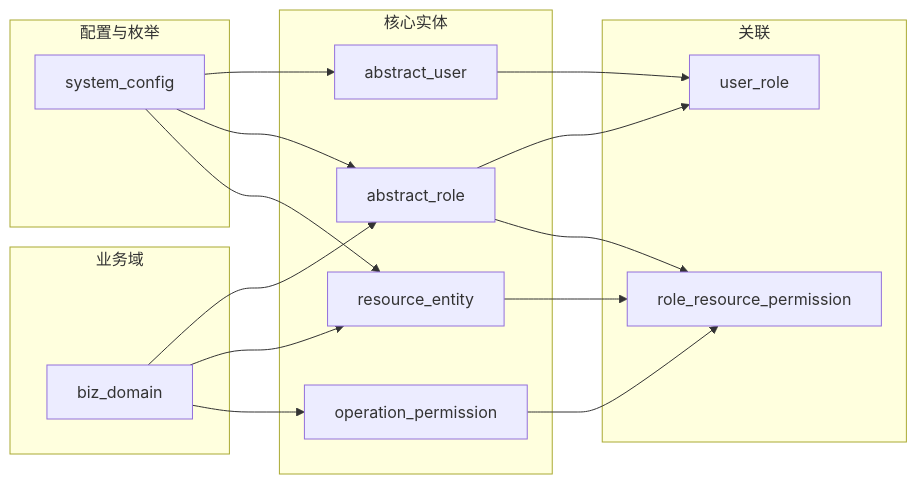
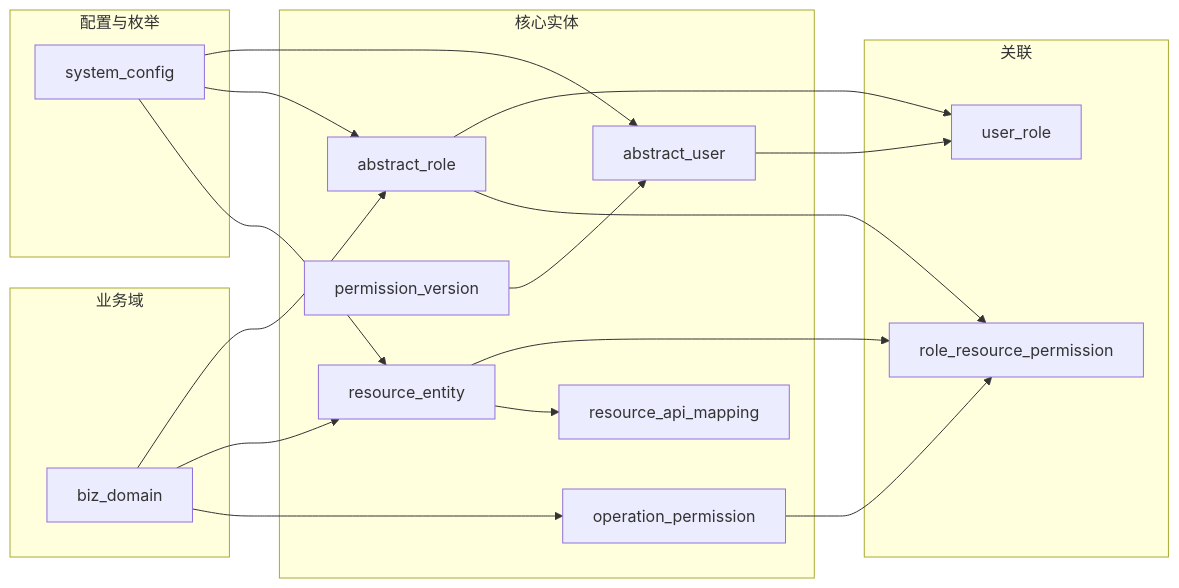
Before and after one commit to fage-ac-org/AccessMesh: the diagram in ruoyi-modules/ruoyi-permission-center/docs/设计说明.md, drawn with Mermaid. The commit also changed other lines of this file and 246 other files, not shown here.

````diff
--- a/ruoyi-modules/ruoyi-permission-center/docs/设计说明.md
+++ b/ruoyi-modules/ruoyi-permission-center/docs/设计说明.md
@@ -50,30 +53,34 @@
 ```mermaid
 flowchart LR
     subgraph domain [业务域]
         BizDomain[biz_domain]
     end
     subgraph core [核心实体]
         AbstractUser[abstract_user]
         AbstractRole[abstract_role]
         ResourceEntity[resource_entity]
+        ResourceApiMapping[resource_api_mapping]
         OperationPermission[operation_permission]
+        PermissionVersion[permission_version]
     end
     subgraph config [配置与枚举]
         SystemConfig[system_config]
     end
     subgraph relation [关联]
         UserRole[user_role]
         RoleResourcePermission[role_resource_permission]
     end
     BizDomain --> AbstractRole
     BizDomain --> ResourceEntity
     BizDomain --> OperationPermission
     SystemConfig --> AbstractUser
     SystemConfig --> AbstractRole
     SystemConfig --> ResourceEntity
     AbstractUser --> UserRole
     AbstractRole --> UserRole
     AbstractRole --> RoleResourcePermission
     ResourceEntity --> RoleResourcePermission
+    ResourceEntity --> ResourceApiMapping
     OperationPermission --> RoleResourcePermission
+    PermissionVersion --> AbstractUser
 ```
````
